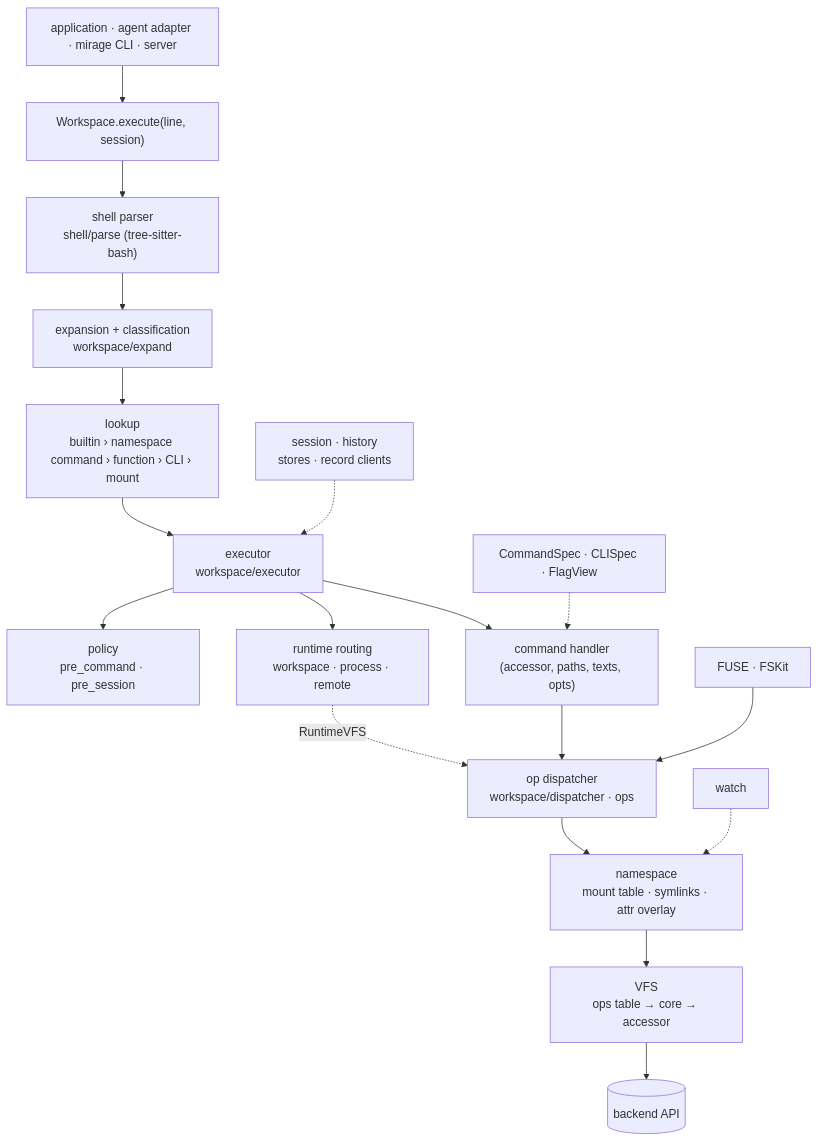
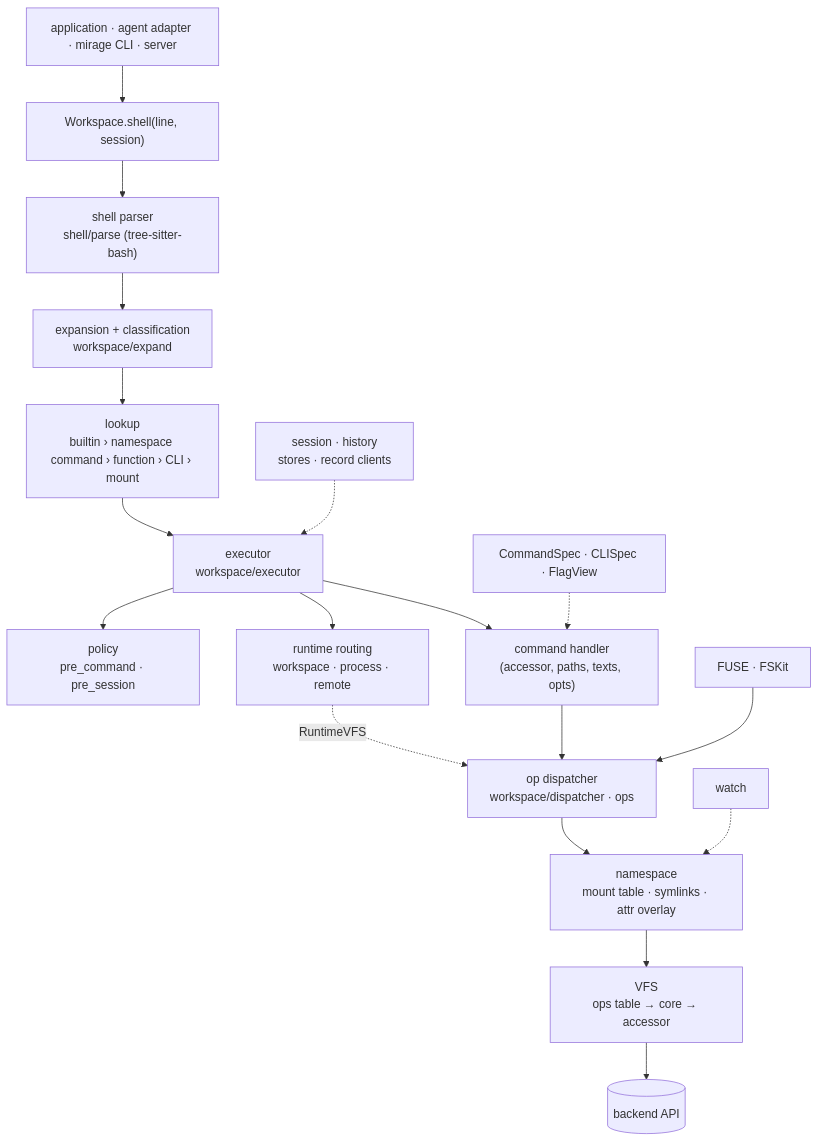
Before and after one commit to Mkhoa161/mirage: the first of 2 diagrams in CLAUDE.md, drawn with Mermaid. The commit also changed 883 other files, not shown here.

````diff
--- a/CLAUDE.md
+++ b/CLAUDE.md
@@ -197,20 +197,20 @@
 ```mermaid
 flowchart TD
-    App["application · agent adapter · mirage CLI · server"] --> WS["Workspace.execute(line, session)"]
+    App["application · agent adapter · mirage CLI · server"] --> WS["Workspace.shell(line, session)"]
     WS --> Parse["shell parser<br/>shell/parse (tree-sitter-bash)"]
     Parse --> Expand["expansion + classification<br/>workspace/expand"]
     Expand --> Lookup["lookup<br/>builtin › namespace command › function › CLI › mount"]
     Lookup --> Exec["executor<br/>workspace/executor"]
     Exec --> Policy["policy<br/>pre_command · pre_session"]
     Exec --> Runtime["runtime routing<br/>workspace · process · remote"]
     Exec --> Handler["command handler<br/>(accessor, paths, texts, opts)"]
     Spec["CommandSpec · CLISpec · FlagView"] -.-> Handler
     Handler --> Dispatch["op dispatcher<br/>workspace/dispatcher · ops"]
     Runtime -. RuntimeVFS .-> Dispatch
     FUSE["FUSE · FSKit"] --> Dispatch
     Dispatch --> NS["namespace<br/>mount table · symlinks · attr overlay"]
     NS --> VFS["VFS<br/>ops table → core → accessor"]
     VFS --> Backend[("backend API")]
     Watch["watch"] -.-> NS
     Session["session · history<br/>stores · record clients"] -.-> Exec
 ```
````
